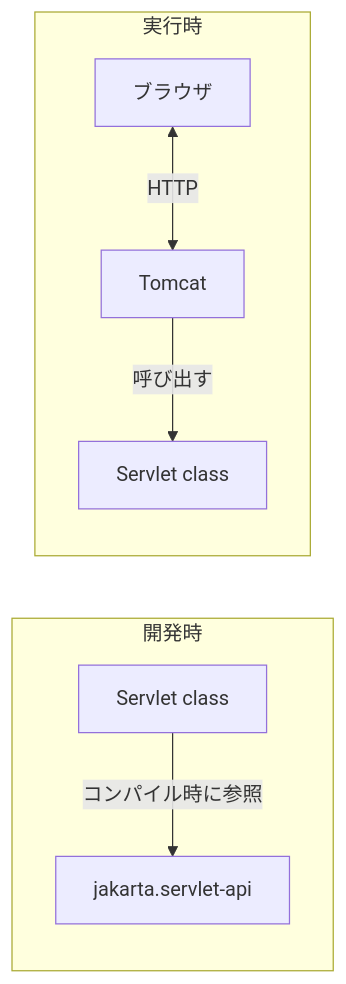
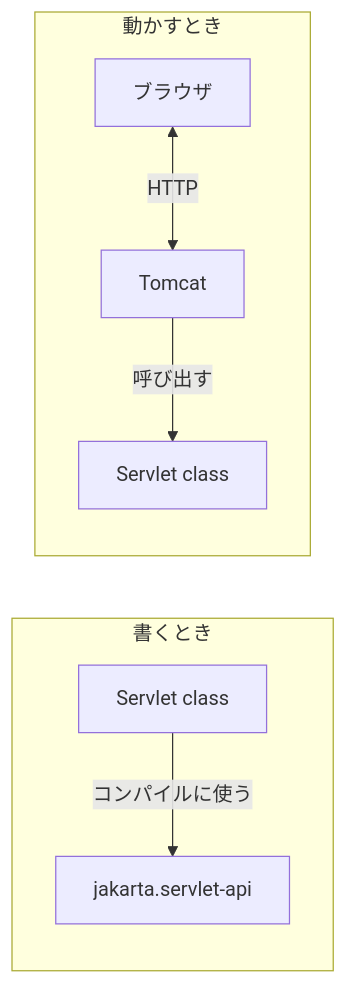
Before and after one commit to Appricot144/teaching-material: the second of 2 diagrams in servlet/02-servlet-and-tomcat/04-relationships.md, drawn with Mermaid. The commit also changed other lines of this file and 3 other files, not shown here.

````diff
--- a/servlet/02-servlet-and-tomcat/04-relationships.md
+++ b/servlet/02-servlet-and-tomcat/04-relationships.md
@@ -36,10 +51,10 @@
 ```mermaid
 flowchart LR
-    subgraph D["開発時"]
-        C1["Servlet class"] -- コンパイル時に参照 --> A1["jakarta.servlet-api"]
+    subgraph D["書くとき"]
+        C1["Servlet class"] -- コンパイルに使う --> A1["jakarta.servlet-api"]
     end
-    subgraph R["実行時"]
+    subgraph R["動かすとき"]
         B["ブラウザ"] <-- HTTP --> T["Tomcat"]
         T -- 呼び出す --> C2["Servlet class"]
     end
 ```
````
